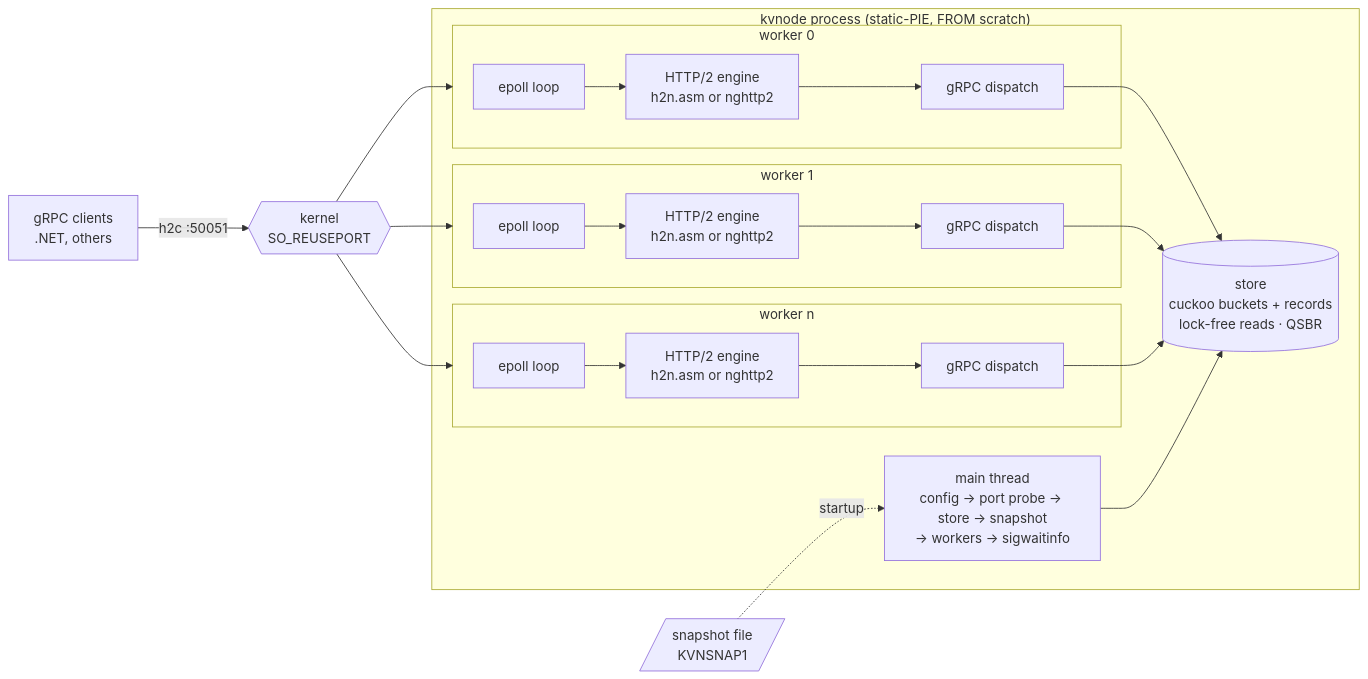
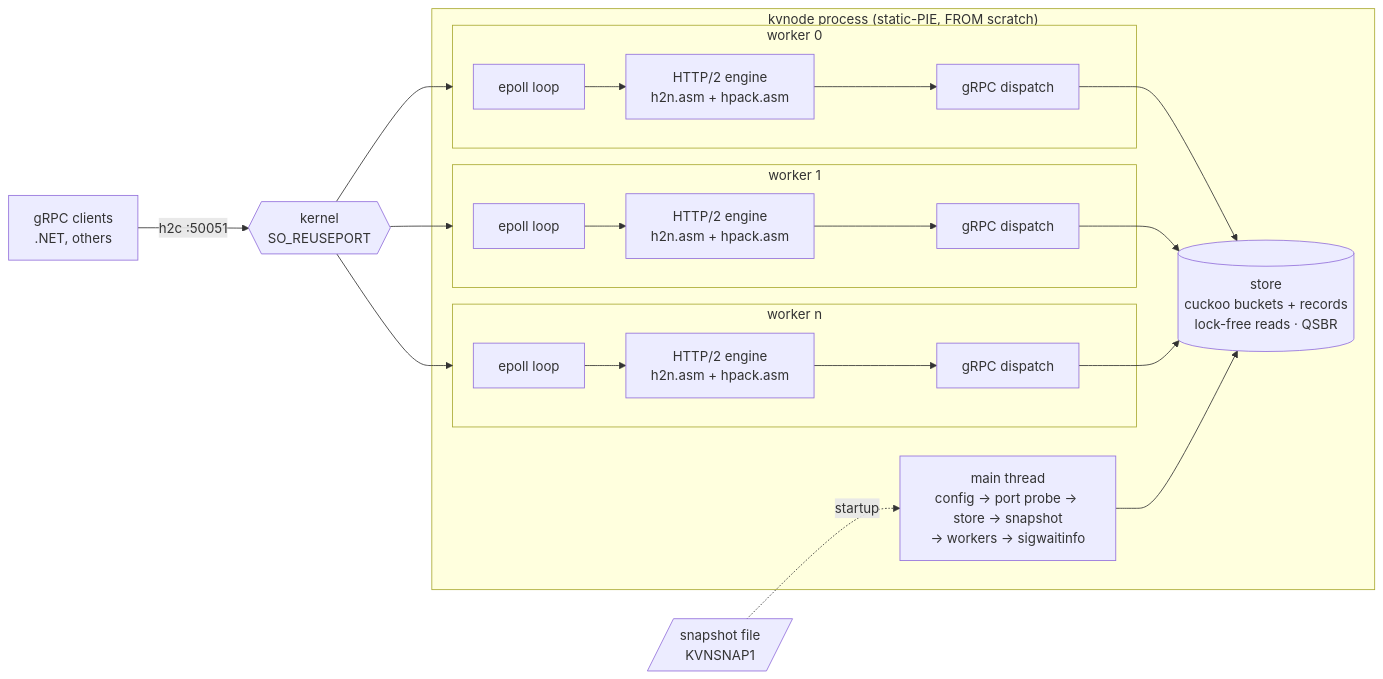
The diagram in docs/ARCHITECTURE.md (AsmFoundation/KvAsm), drawn with Mermaid before and after one commit. The commit also changed other lines of this file and 47 other files, not shown here.

````diff
--- a/docs/ARCHITECTURE.md
+++ b/docs/ARCHITECTURE.md
@@ -9,20 +10,20 @@
 ```mermaid
 flowchart LR
     C[gRPC clients<br/>.NET, others] -- "h2c :50051" --> K{{"kernel<br/>SO_REUSEPORT"}}
     K --> W1 & W2 & Wn
     subgraph P["kvnode process (static-PIE, FROM scratch)"]
         M["main thread<br/>config → port probe → store → snapshot<br/>→ workers → sigwaitinfo"]
         subgraph W1["worker 0"]
-            E1[epoll loop] --> N1["HTTP/2 engine<br/>h2n.asm or nghttp2"] --> G1[gRPC dispatch]
+            E1[epoll loop] --> N1["HTTP/2 engine<br/>h2n.asm + hpack.asm"] --> G1[gRPC dispatch]
         end
         subgraph W2["worker 1"]
-            E2[epoll loop] --> N2["HTTP/2 engine<br/>h2n.asm or nghttp2"] --> G2[gRPC dispatch]
+            E2[epoll loop] --> N2["HTTP/2 engine<br/>h2n.asm + hpack.asm"] --> G2[gRPC dispatch]
         end
         subgraph Wn["worker n"]
-            En[epoll loop] --> Nn["HTTP/2 engine<br/>h2n.asm or nghttp2"] --> Gn[gRPC dispatch]
+            En[epoll loop] --> Nn["HTTP/2 engine<br/>h2n.asm + hpack.asm"] --> Gn[gRPC dispatch]
         end
         G1 & G2 & Gn --> S[("store<br/>cuckoo buckets + records<br/>lock-free reads · QSBR")]
         M --> S
     end
     F[/"snapshot file<br/>KVNSNAP1"/] -. startup .-> M
 ```
````
